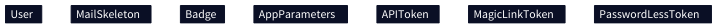
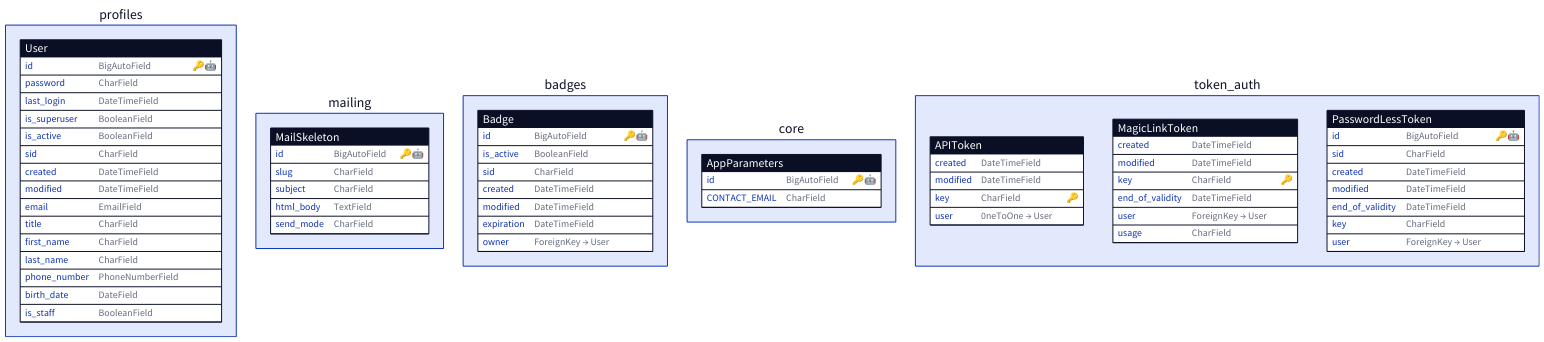
One commit to ddahan/mason-dj changed the diagram in docs/diagram.d2. Above: the diagram before and after it, drawn with D2. The commit also changed 5 other files, not shown here.

```diff
--- a/docs/diagram.d2
+++ b/docs/diagram.d2
@@ -1,21 +1,77 @@
-User: {
-  shape: sql_table
+profiles: {
+  User: {
+    shape: sql_table
+    id: BigAutoField {constraint: 🔑🤖}
+    password: CharField 
+    last_login: DateTimeField 
+    is_superuser: BooleanField 
+    is_active: BooleanField 
+    sid: CharField 
+    created: DateTimeField 
+    modified: DateTimeField 
+    email: EmailField 
+    title: CharField 
+    first_name: CharField 
+    last_name: CharField 
+    phone_number: PhoneNumberField 
+    birth_date: DateField 
+    is_staff: BooleanField 
+  }
 }
-MailSkeleton: {
-  shape: sql_table
+mailing: {
+  MailSkeleton: {
+    shape: sql_table
+    id: BigAutoField {constraint: 🔑🤖}
+    slug: CharField 
+    subject: CharField 
+    html_body: TextField 
+    send_mode: CharField 
+  }
 }
-Badge: {
-  shape: sql_table
+badges: {
+  Badge: {
+    shape: sql_table
+    id: BigAutoField {constraint: 🔑🤖}
+    is_active: BooleanField 
+    sid: CharField 
+    created: DateTimeField 
+    modified: DateTimeField 
+    expiration: DateTimeField 
+    owner: ForeignKey → User 
+  }
 }
-AppParameters: {
-  shape: sql_table
+core: {
+  AppParameters: {
+    shape: sql_table
+    id: BigAutoField {constraint: 🔑🤖}
+    CONTACT_EMAIL: CharField 
+  }
 }
-APIToken: {
-  shape: sql_table
+token_auth: {
+  APIToken: {
+    shape: sql_table
+    created: DateTimeField 
+    modified: DateTimeField 
+    key: CharField {constraint: 🔑}
+    user: 0neToOne → User 
+  }
+  MagicLinkToken: {
+    shape: sql_table
+    created: DateTimeField 
+    modified: DateTimeField 
+    key: CharField {constraint: 🔑}
+    end_of_validity: DateTimeField 
+    user: ForeignKey → User 
+    usage: CharField 
+  }
+  PasswordLessToken: {
+    shape: sql_table
+    id: BigAutoField {constraint: 🔑🤖}
+    sid: CharField 
+    created: DateTimeField 
+    modified: DateTimeField 
+    end_of_validity: DateTimeField 
+    key: CharField 
+    user: ForeignKey → User 
+  }
 }
-MagicLinkToken: {
-  shape: sql_table
-}
-PasswordLessToken: {
-  shape: sql_table
-}
```
